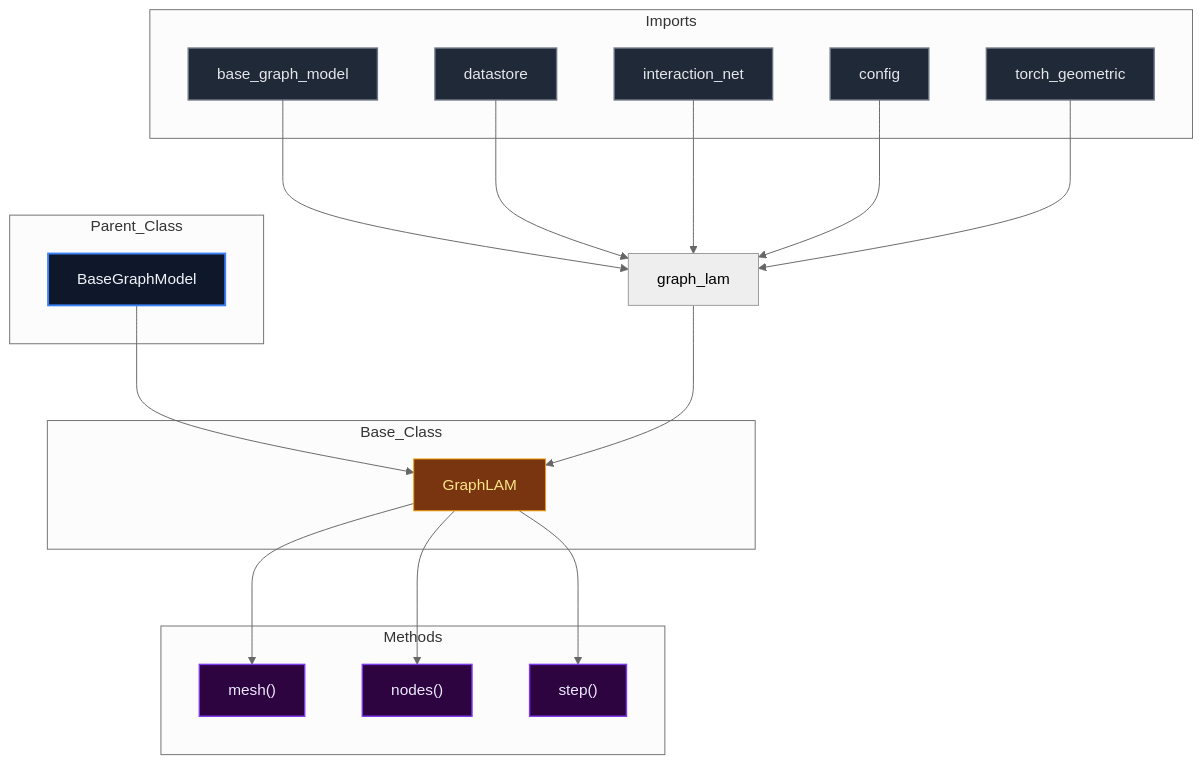
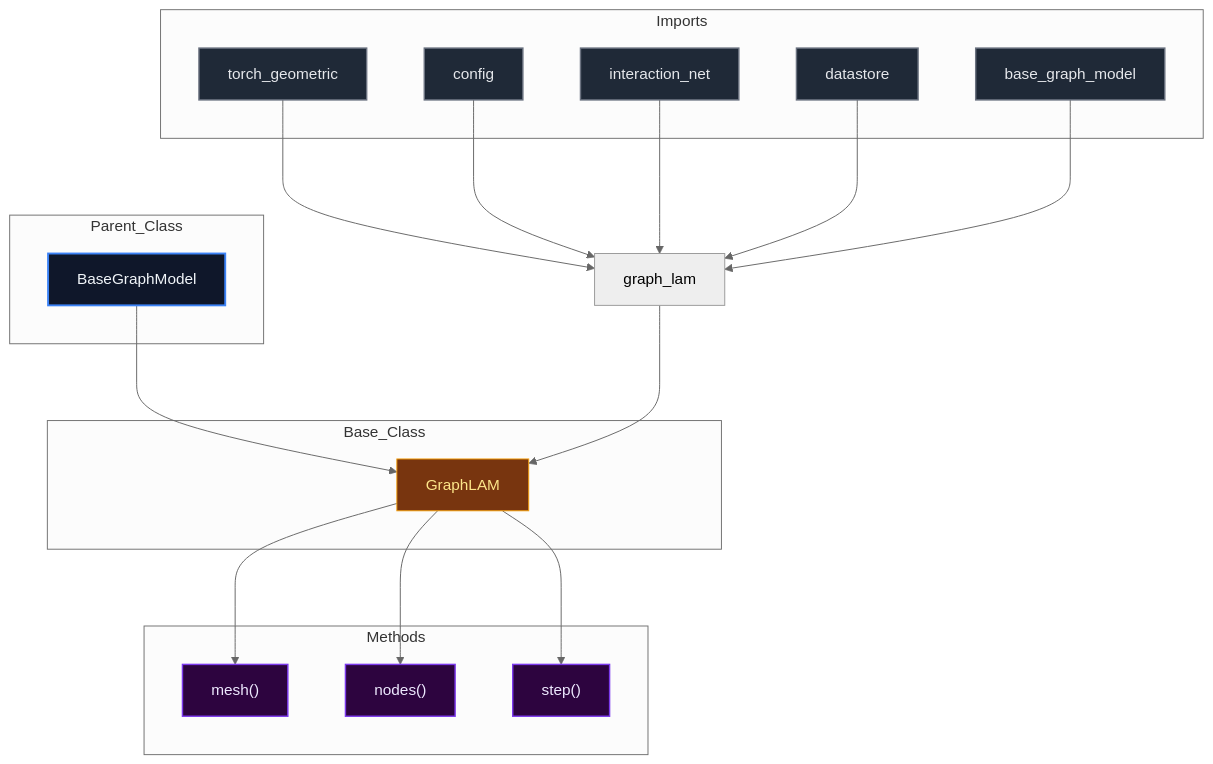
The diagram in docs/diagrams/structure/graph_lam_diagram.md (mllam/neural-lam), drawn with Mermaid (neutral theme) before and after one commit. The commit also changed 20 other files, not shown here.

````diff
--- a/docs/diagrams/structure/graph_lam_diagram.md
+++ b/docs/diagrams/structure/graph_lam_diagram.md
@@ -1,51 +1,51 @@
 ```mermaid
 %%{init: {'flowchart': {'nodeSpacing': 60, 'rankSpacing': 80}}}%%
 flowchart TD
 
 module["graph_lam"]
 
 subgraph Parent_Class
     BaseGraphModel["BaseGraphModel"]
 end
 
 subgraph Base_Class
     GraphLAM["GraphLAM"]
 end
 
     BaseGraphModel --> GraphLAM
 
 subgraph Imports
+    torch_geometric["torch_geometric"]
+    config["config"]
+    interaction_net["interaction_net"]
+    datastore["datastore"]
     base_graph_model["base_graph_model"]
-    datastore["datastore"]
-    interaction_net["interaction_net"]
-    config["config"]
-    torch_geometric["torch_geometric"]
 end
 
+    torch_geometric --> module
+    config --> module
+    interaction_net --> module
+    datastore --> module
     base_graph_model --> module
-    datastore --> module
-    interaction_net --> module
-    config --> module
-    torch_geometric --> module
     module --> GraphLAM
 
 subgraph Methods
     GraphLAM_get_num_mesh["mesh()"]
     GraphLAM_embedd_mesh_nodes["nodes()"]
     GraphLAM_process_step["step()"]
 end
 
     GraphLAM --> GraphLAM_get_num_mesh
     GraphLAM --> GraphLAM_embedd_mesh_nodes
     GraphLAM --> GraphLAM_process_step
 
 classDef parent fill:#0f172a,stroke:#3b82f6,stroke-width:2px,color:#f1f5f9,font-size:16px
 classDef base fill:#78350f,stroke:#f59e0b,stroke-width:1px,color:#fde68a,font-size:16px
 classDef import fill:#1f2937,stroke:#6b7280,stroke-width:1.5px,color:#e5e7eb,font-size:16px
 classDef method fill:#2d043f,stroke:#7c3aed,stroke-width:1.5px,color:#ede9fe,font-size:16px
 classDef callNode fill:#064e3b,stroke:#10b981,stroke-width:1.5px,color:#d1fae5,font-size:16px
 class BaseGraphModel parent
 class GraphLAM base
-class base_graph_model,datastore,interaction_net,config,torch_geometric import
+class torch_geometric,config,interaction_net,datastore,base_graph_model import
 class GraphLAM_get_num_mesh,GraphLAM_embedd_mesh_nodes,GraphLAM_process_step method
 ```
````
